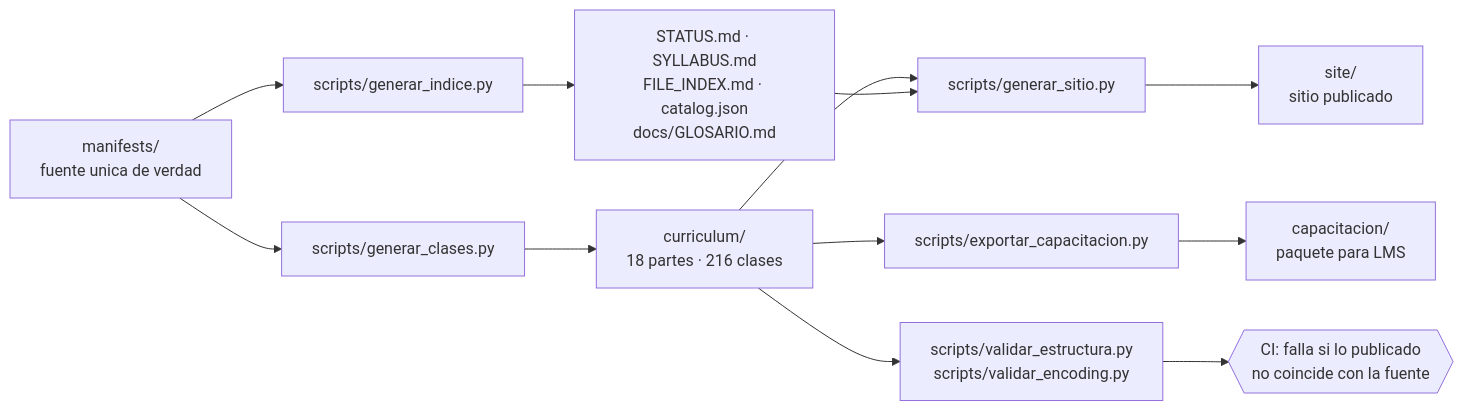
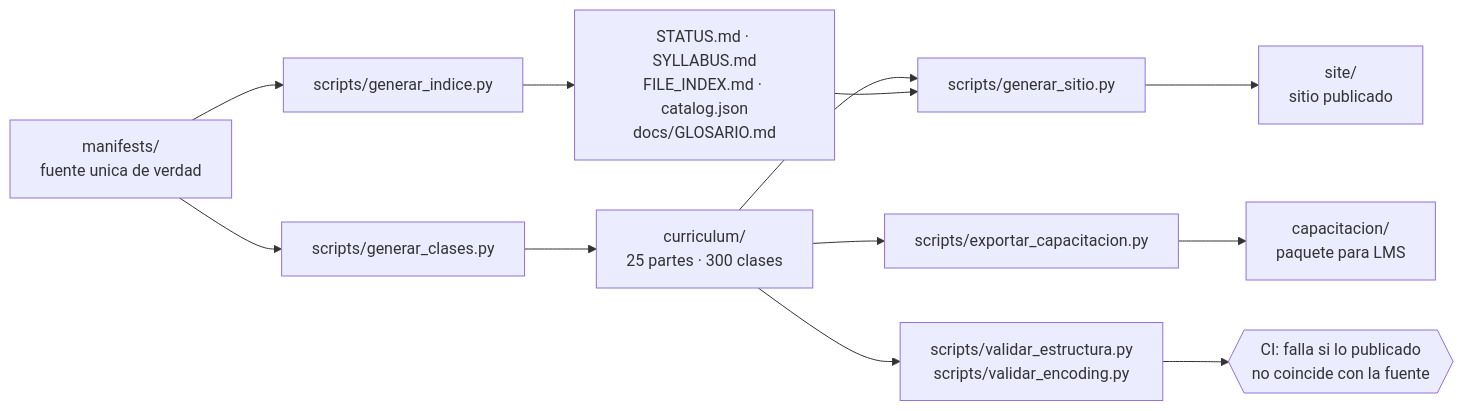
Before and after one commit to vladimiracunadev-create/education-pedagogy-learning-sciences-program: the diagram in docs/ARQUITECTURA.md, drawn with Mermaid. The commit also changed other lines of this file and 159 other files, not shown here.

````diff
--- a/docs/ARQUITECTURA.md
+++ b/docs/ARQUITECTURA.md
@@ -7,14 +7,14 @@
 ```mermaid
 flowchart LR
     M["manifests/<br/>fuente unica de verdad"] --> G["scripts/generar_clases.py"]
-    G --> C["curriculum/<br/>18 partes · 216 clases"]
+    G --> C["curriculum/<br/>25 partes · 300 clases"]
     M --> I["scripts/generar_indice.py"]
     I --> D["STATUS.md · SYLLABUS.md<br/>FILE_INDEX.md · catalog.json<br/>docs/GLOSARIO.md"]
     C --> S["scripts/generar_sitio.py"]
     D --> S
     S --> W["site/<br/>sitio publicado"]
     C --> E["scripts/exportar_capacitacion.py"]
     E --> P["capacitacion/<br/>paquete para LMS"]
     C --> V["scripts/validar_estructura.py<br/>scripts/validar_encoding.py"]
     V --> CI{{"CI: falla si lo publicado<br/>no coincide con la fuente"}}
 ```
````
